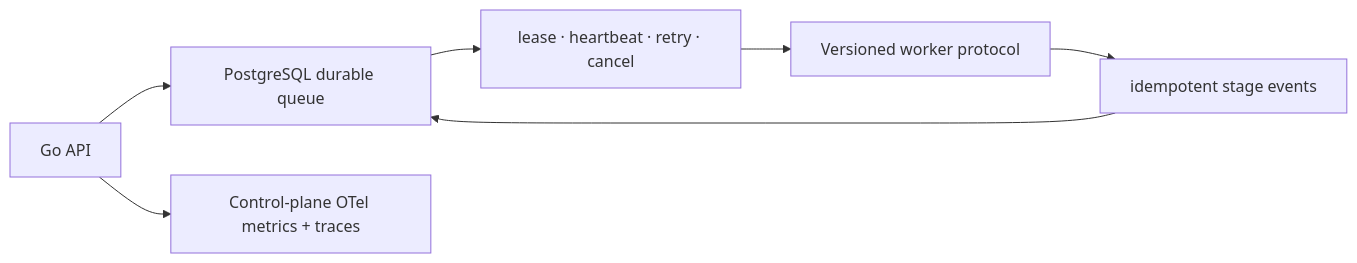
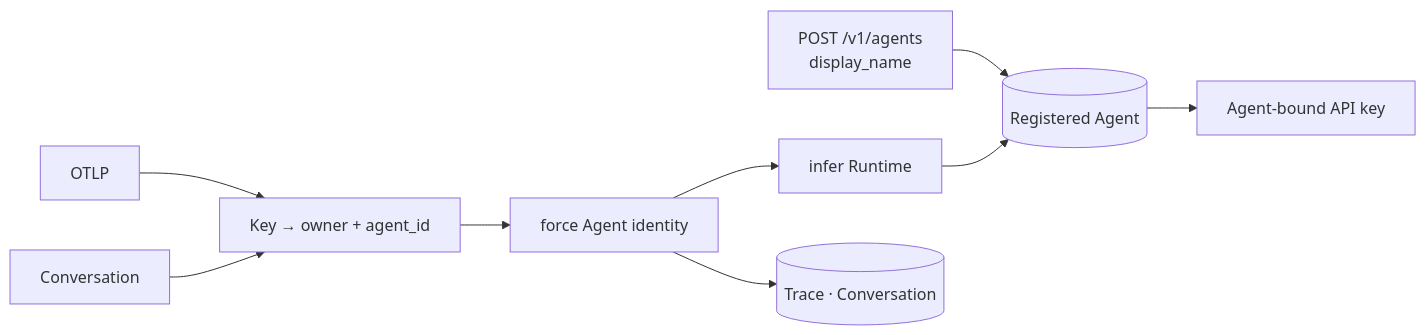
Before and after one commit to fightheyyy/CATENA: the second of 2 diagrams in control-plane/SPEC.md, drawn with Mermaid. The commit also changed other lines of this file and 27 other files, not shown here.

Commit message:
Make Agent identity the ingestion boundary

````diff
--- a/control-plane/SPEC.md
+++ b/control-plane/SPEC.md
@@ -39,9 +39,11 @@
 ```mermaid
 flowchart LR
-    API["Go API"] --> Queue["PostgreSQL durable queue"]
-    Queue --> Lease["lease · heartbeat · retry · cancel"]
-    Lease --> Worker["Versioned worker protocol"]
-    Worker --> Events["idempotent stage events"]
-    Events --> Queue
-    API --> Telemetry["Control-plane OTel metrics + traces"]
+    Create["POST /v1/agents<br/>display_name"] --> Registry[("Registered Agent")]
+    Registry --> Key["Agent-bound API key"]
+    OTLP["OTLP"] --> Auth["Key → owner + agent_id"]
+    Conversation["Conversation"] --> Auth
+    Auth --> Normalize["force Agent identity"]
+    Normalize --> Detect["infer Runtime"]
+    Normalize --> Evidence[("Trace · Conversation")]
+    Detect --> Registry
 ```
````
